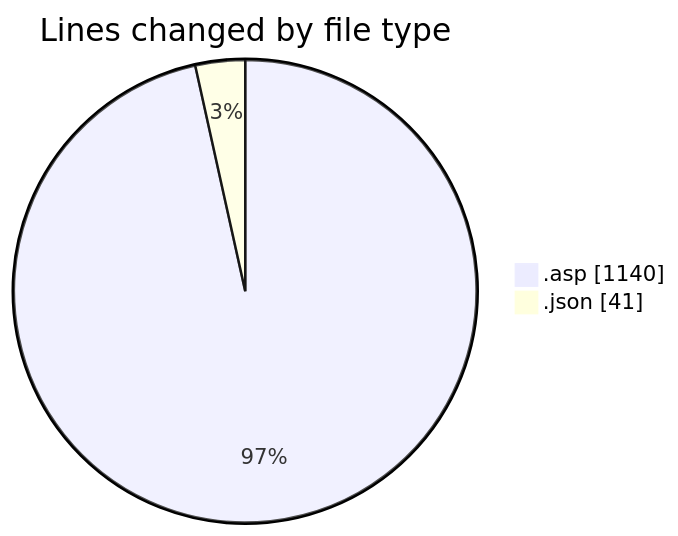
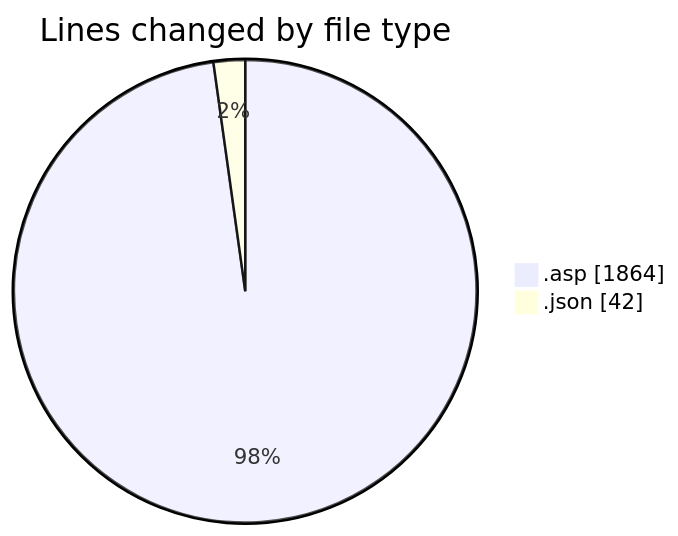
Before and after one commit to julien-gomy/code-tracking: the first of 2 diagrams in 2025-10-29/cdp_aleoudev_fr__workspace_/README.md, drawn with Mermaid. The commit also changed other lines of this file and 1 other file, not shown here.

````diff
--- a/2025-10-29/cdp_aleoudev_fr__workspace_/README.md
+++ b/2025-10-29/cdp_aleoudev_fr__workspace_/README.md
@@ -23,6 +25,6 @@
 ```mermaid
 pie showData
 title Lines changed by file type
-".asp" : 1140
-".json" : 41
+".asp" : 1864
+".json" : 42
 ```
````
